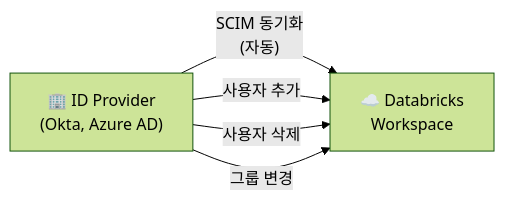
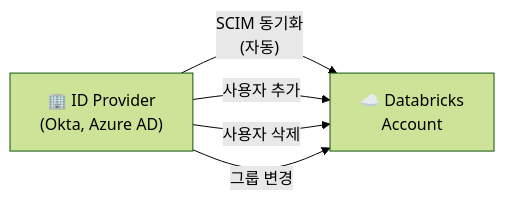
Before and after one commit to SimyungYang/simyung-dbx-training: the fourth of 7 diagrams in 12-security-and-governance/identity-and-access.md, drawn with Mermaid (forest theme). The commit also changed other lines of this file and 37 other files, not shown here.

````diff
--- a/12-security-and-governance/identity-and-access.md
+++ b/12-security-and-governance/identity-and-access.md
@@ -52,8 +161,8 @@
 ```mermaid
 graph LR
-    IDP["🏢 ID Provider<br/>(Okta, Azure AD)"] -->|"SCIM 동기화<br/>(자동)"| DBX["☁️ Databricks<br/>Workspace"]
+    IDP["🏢 ID Provider<br/>(Okta, Azure AD)"] -->|"SCIM 동기화<br/>(자동)"| DBX["☁️ Databricks<br/>Account"]
 
     IDP -->|"사용자 추가"| DBX
     IDP -->|"사용자 삭제"| DBX
     IDP -->|"그룹 변경"| DBX
 ```
````
